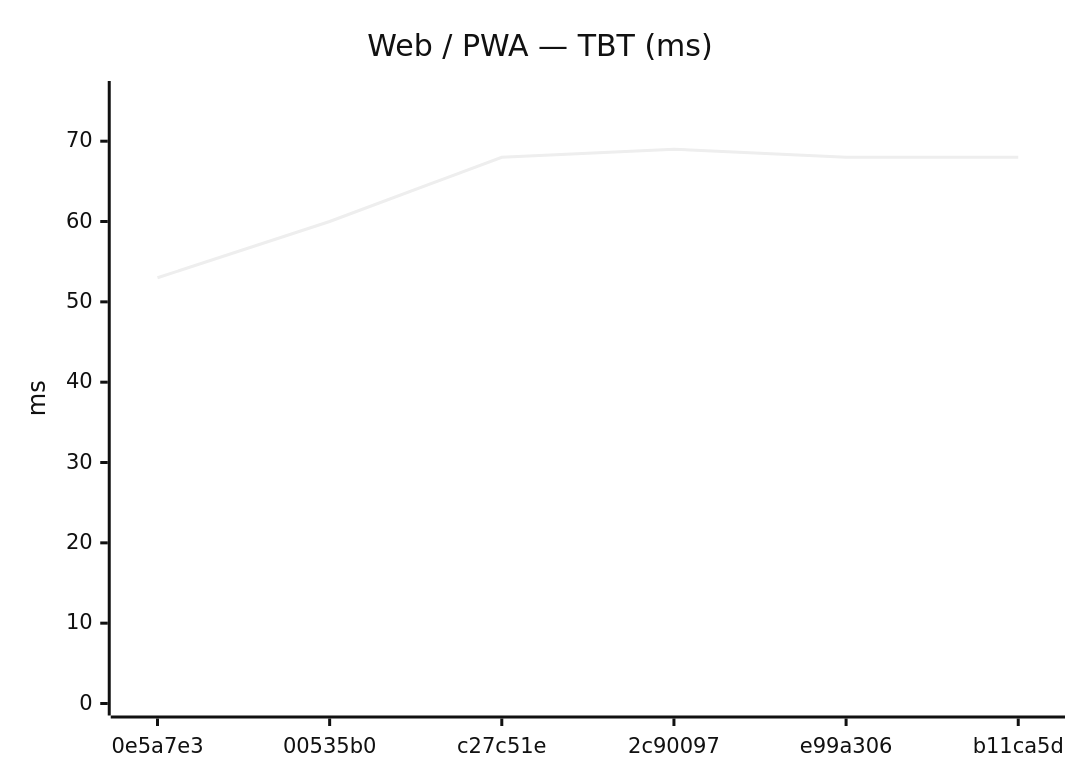
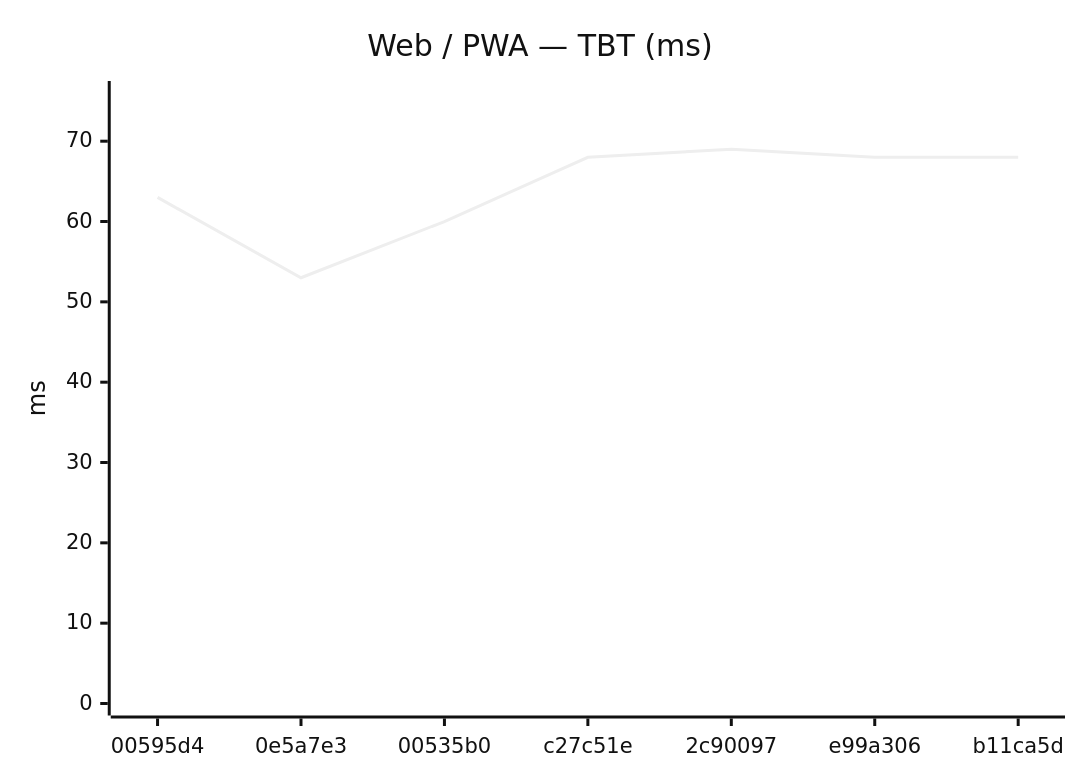
One commit to Metaheurist/Rianell changed the second of 24 diagrams in benchmarks/compare.md. Above: the diagram before and after it, drawn with Mermaid (neutral theme). The commit also changed other lines of this file and 12 other files, not shown here.

````diff
--- a/benchmarks/compare.md
+++ b/benchmarks/compare.md
@@ -27,7 +28,7 @@
 ```mermaid
 xychart-beta
     title "Web / PWA — TBT (ms)"
-    x-axis ["0e5a7e3", "00535b0", "c27c51e", "2c90097", "e99a306", "b11ca5d"]
+    x-axis ["00595d4", "0e5a7e3", "00535b0", "c27c51e", "2c90097", "e99a306", "b11ca5d"]
     y-axis "ms" 0 --> 76
-    line [53, 60, 68, 69, 68, 68]
+    line [63, 53, 60, 68, 69, 68, 68]
 ```
````
